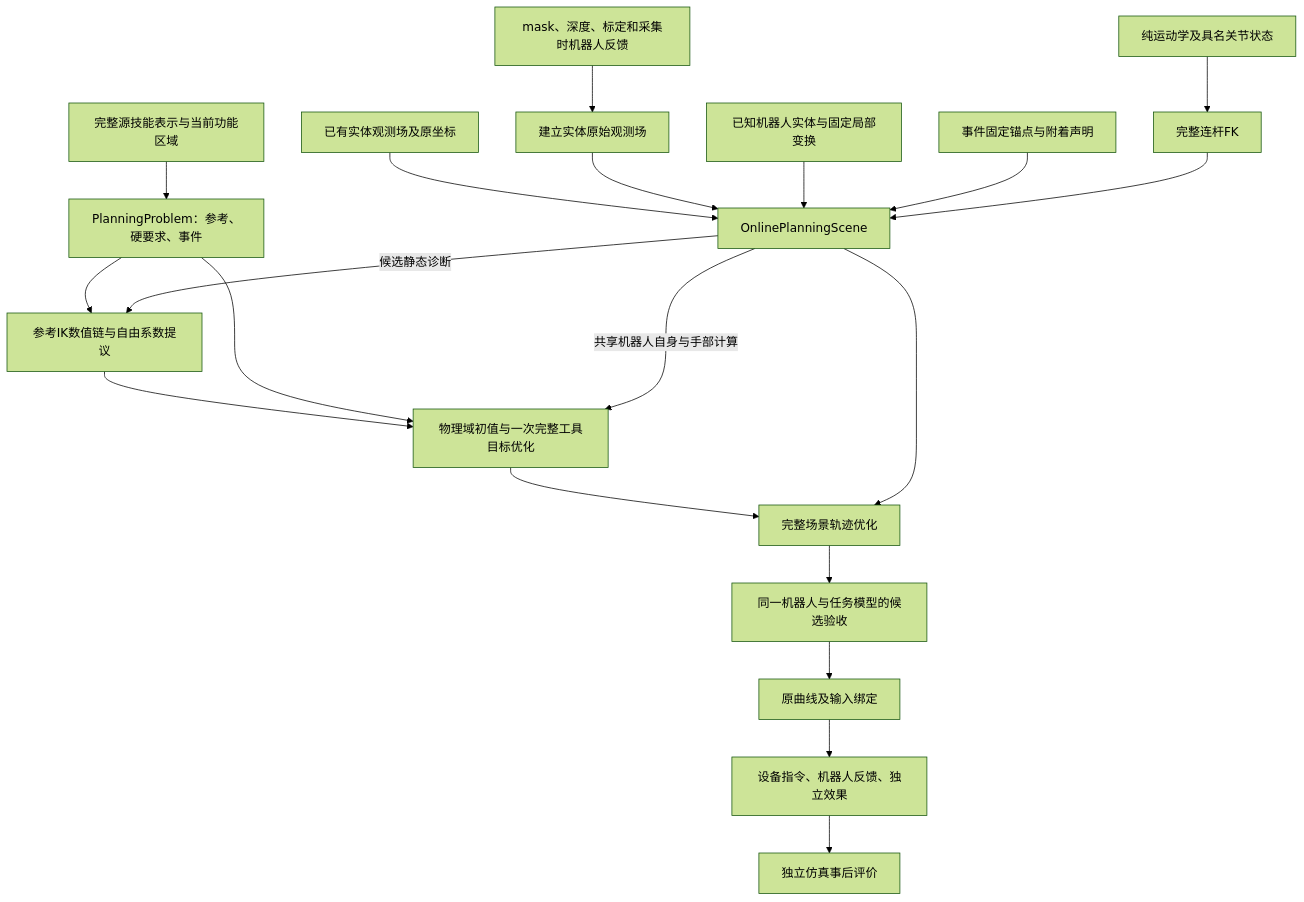
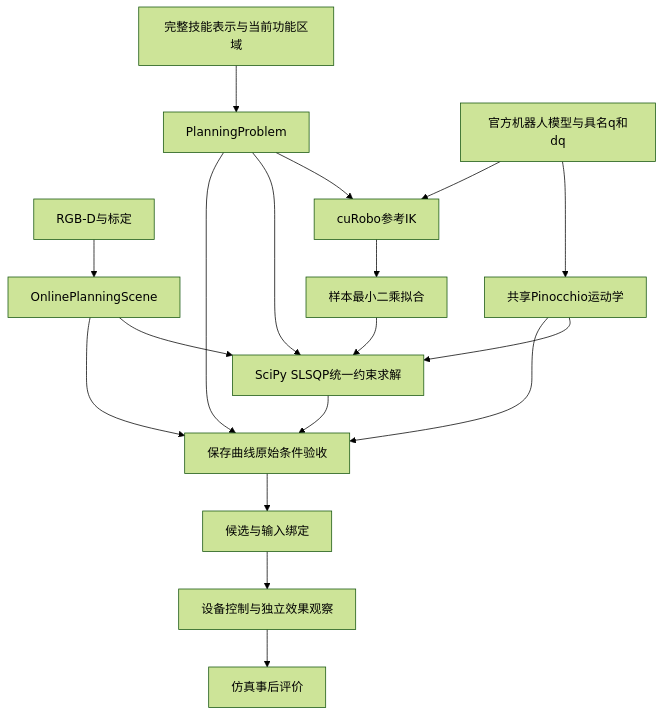
One commit to illusionaryshelter/FUNCTO_public changed the diagram in PLANNER_ARCHITECTURE.md. Above: the diagram before and after it, drawn with Mermaid (forest theme). The commit also changed other lines of this file and 156 other files, not shown here.

````diff
--- a/PLANNER_ARCHITECTURE.md
+++ b/PLANNER_ARCHITECTURE.md
@@ -20,22 +20,20 @@
 ```mermaid
 flowchart TD
- S[完整源技能表示与当前功能区域] --> P[PlanningProblem：参考、硬要求、事件]
- D[mask、深度、标定和采集时机器人反馈] --> M[建立实体原始观测场]
- G[已有实体观测场及原坐标] --> C[OnlinePlanningScene]
- M --> C
- K[纯运动学及具名关节状态] --> F[完整连杆FK]
- N[已知机器人实体与固定局部变换] --> C
- A[事件固定锚点与附着声明] --> C
- F --> C
- P --> I[参考IK数值链与自由系数提议]
- C -->|候选静态诊断| I
- I --> K0[物理域初值与一次完整工具目标优化]
- P --> K0
- C -->|共享机器人自身与手部计算| K0
- K0 --> O[完整场景轨迹优化]
+ S[完整技能表示与当前功能区域] --> P[PlanningProblem]
+ D[RGB-D与标定] --> C[OnlinePlanningScene]
+ R[官方机器人模型与具名q和dq] --> F[共享Pinocchio运动学]
+ R --> I[cuRobo参考IK]
+ P --> I
+ I --> L[样本最小二乘拟合]
+ L --> O[SciPy SLSQP统一约束求解]
+ P --> O
  C --> O
- O --> V[同一机器人与任务模型的候选验收]
- V --> B[原曲线及输入绑定]
- B --> E[设备指令、机器人反馈、独立效果]
- E --> R[独立仿真事后评价]
+ F --> O
+ O --> V[保存曲线原始条件验收]
+ C --> V
+ P --> V
+ F --> V
+ V --> B[候选与输入绑定]
+ B --> E[设备控制与独立效果观察]
+ E --> A[仿真事后评价]
 ```
````
